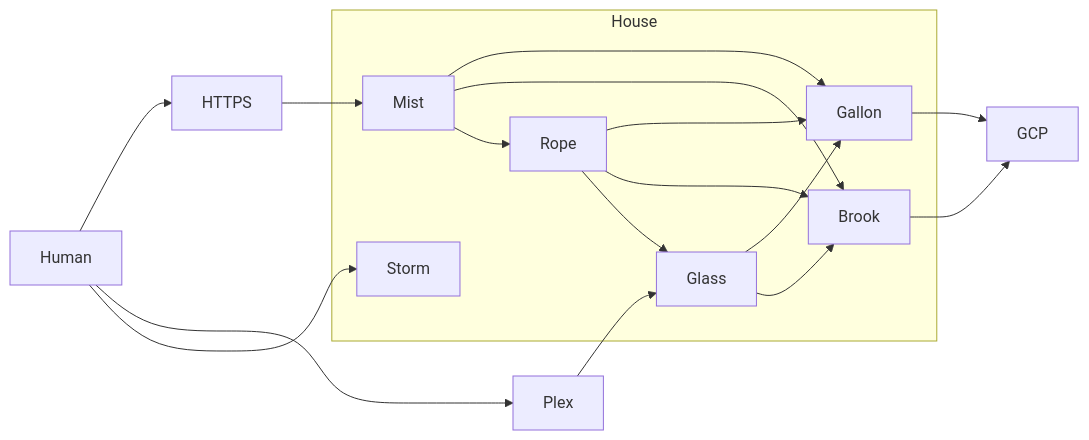
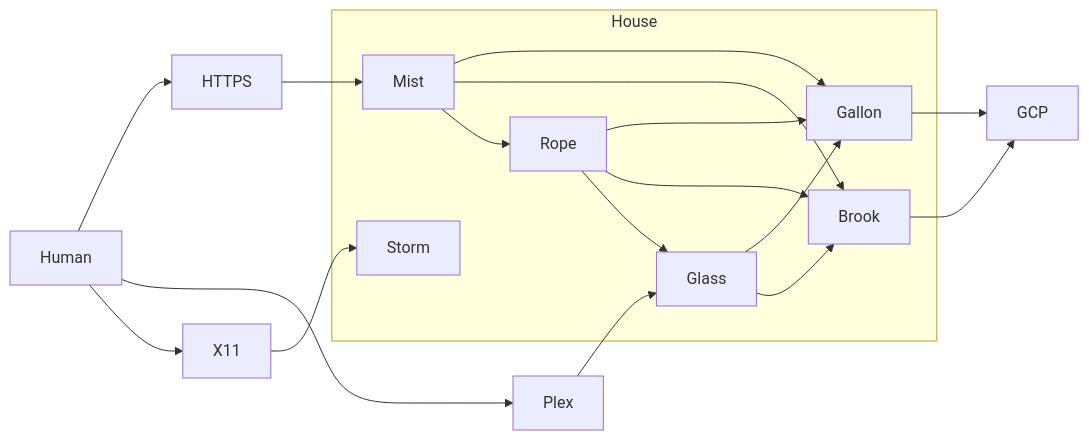
The diagram in posts/759.md (icco/writing), drawn with Mermaid before and after one commit.

````diff
--- a/posts/759.md
+++ b/posts/759.md
@@ -23,28 +23,29 @@
 ```mermaid
 flowchart LR;
 
 subgraph AA [House]
     Glass;
     Storm;
     Rope;
     Gallon;
     Mist;
     Brook;
 end
 
 Human-->HTTPS;
 Human-->Plex;
+Human-->X11;
 Plex-->Glass;
 HTTPS-->Mist;
 Mist-->Gallon;
 Rope-->Gallon;
 Glass-->Gallon;
 Mist-->Brook;
 Rope-->Brook;
 Glass-->Brook;
 Mist-->Rope;
 Rope-->Glass;
-Human-->Storm;
+X11-->Storm;
 Gallon-->GCP;
 Brook-->GCP;
 ```
````
